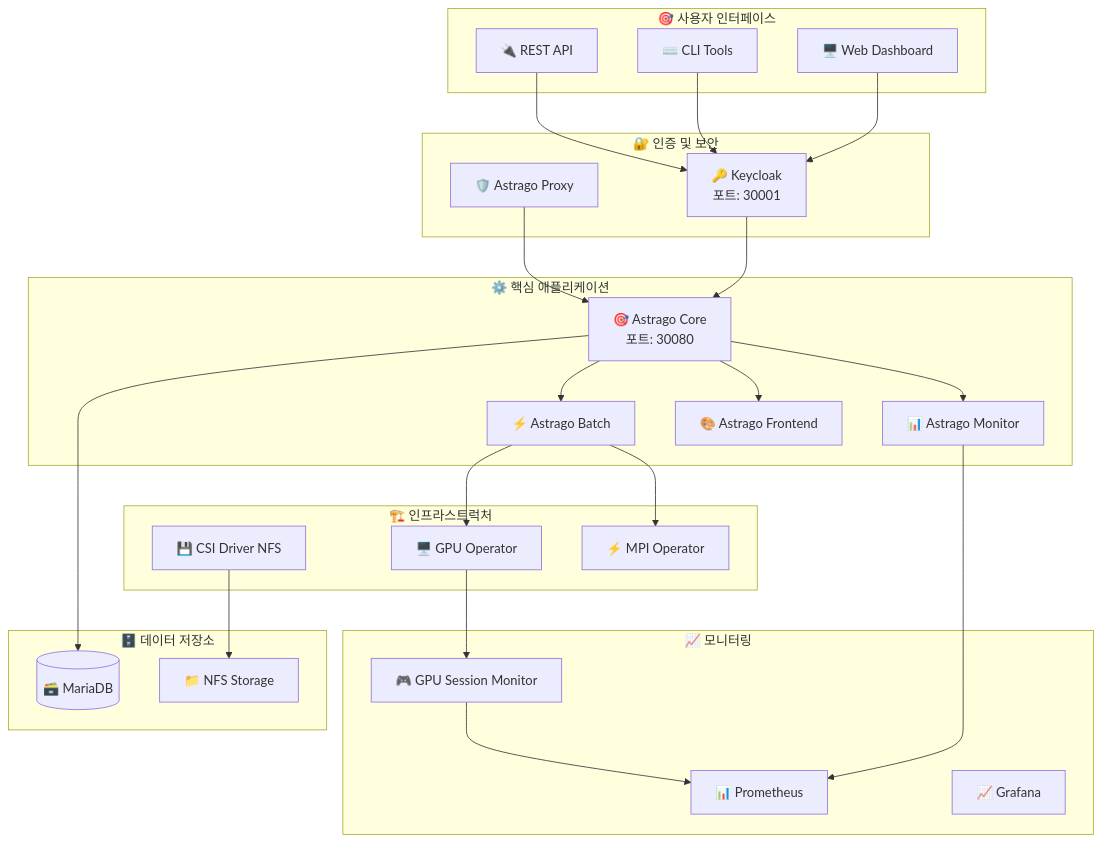
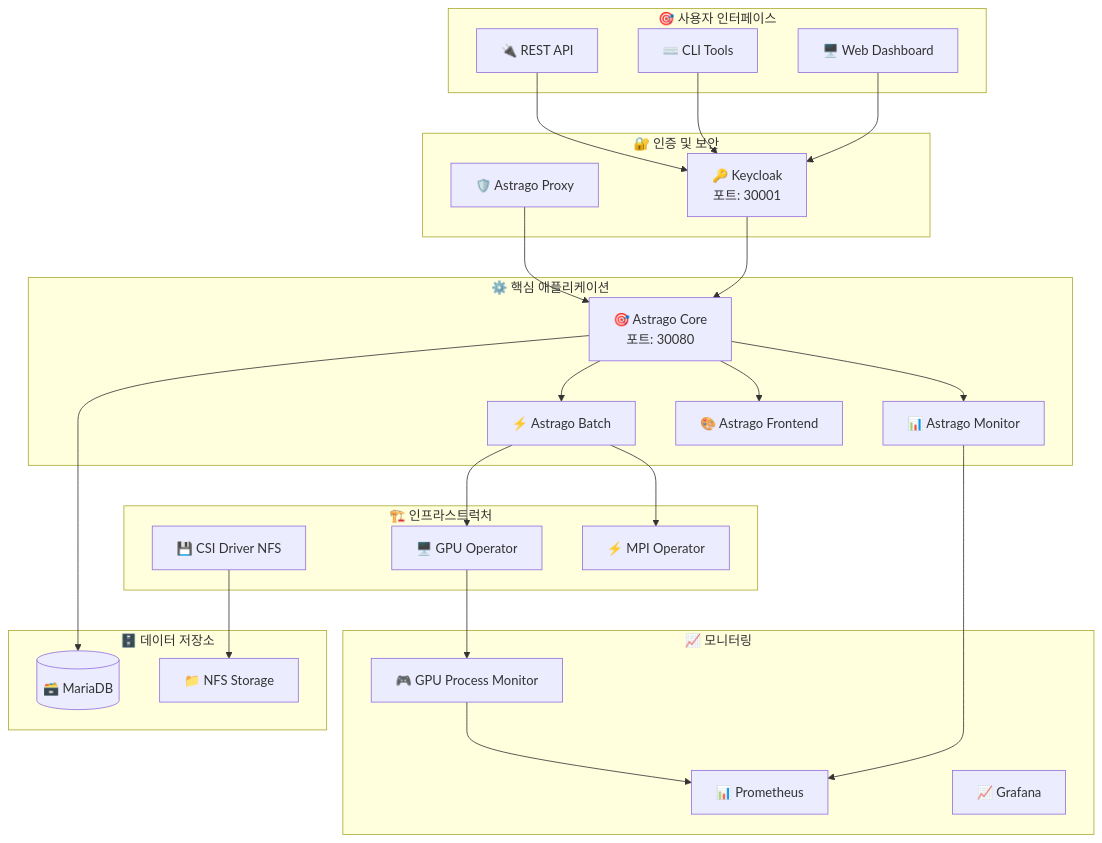
The diagram in README.md (xiilab/astrago-deployment), drawn with Mermaid before and after one commit. The commit also changed other lines of this file and 17 other files, not shown here.

Commit message:
GPU 프로세스 모니터링 시스템 추가: GPU 세션 모니터링을 대체하는 새로운 gpu-process-exporter 모듈을 추가하고 관련 문서 및 배포 스크립트를 업데이트함. 기존 gpu-session-monitoring 관련 파일 삭제 및 helmfile 수정 포함.

````diff
--- a/README.md
+++ b/README.md
@@ -115,53 +115,53 @@
 ```mermaid
 graph TB
     subgraph "🎯 사용자 인터페이스"
         UI[🖥️ Web Dashboard]
         CLI[⌨️ CLI Tools]
         API[🔌 REST API]
     end
     
     subgraph "🔐 인증 및 보안"
         KC[🔑 Keycloak<br/>포트: 30001]
         PROXY[🛡️ Astrago Proxy]
     end
     
     subgraph "⚙️ 핵심 애플리케이션"
         CORE[🎯 Astrago Core<br/>포트: 30080]
         BATCH[⚡ Astrago Batch]
         MONITOR[📊 Astrago Monitor]
         FRONTEND[🎨 Astrago Frontend]
     end
     
     subgraph "🏗️ 인프라스트럭처"
         CSI[💾 CSI Driver NFS]
         GPU[🖥️ GPU Operator]
         MPI[⚡ MPI Operator]
     end
     
     subgraph "📈 모니터링"
         PROM[📊 Prometheus]
         GRAF[📈 Grafana]
-        GPU_MON[🎮 GPU Session Monitor]
+        GPU_MON[🎮 GPU Process Monitor]
     end
     
     subgraph "🗄️ 데이터 저장소"
         DB[(🗃️ MariaDB)]
         NFS[📁 NFS Storage]
     end
     
     UI --> KC
     CLI --> KC
     API --> KC
     KC --> CORE
     PROXY --> CORE
     CORE --> BATCH
     CORE --> MONITOR
     CORE --> FRONTEND
     CORE --> DB
     BATCH --> GPU
     BATCH --> MPI
     MONITOR --> PROM
     GPU --> GPU_MON
     GPU_MON --> PROM
     CSI --> NFS
 ```
````
